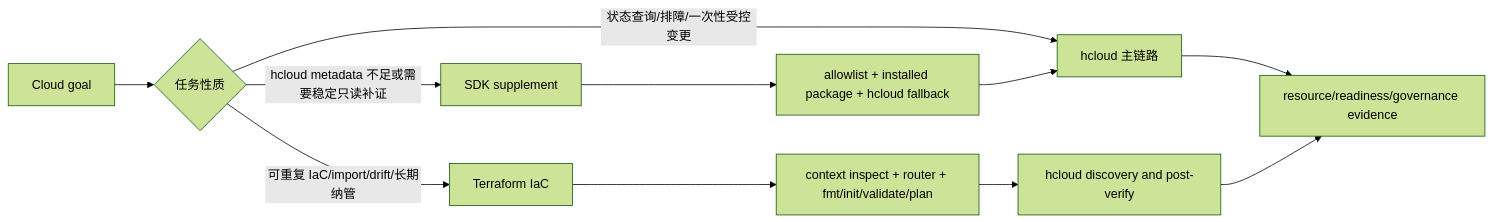
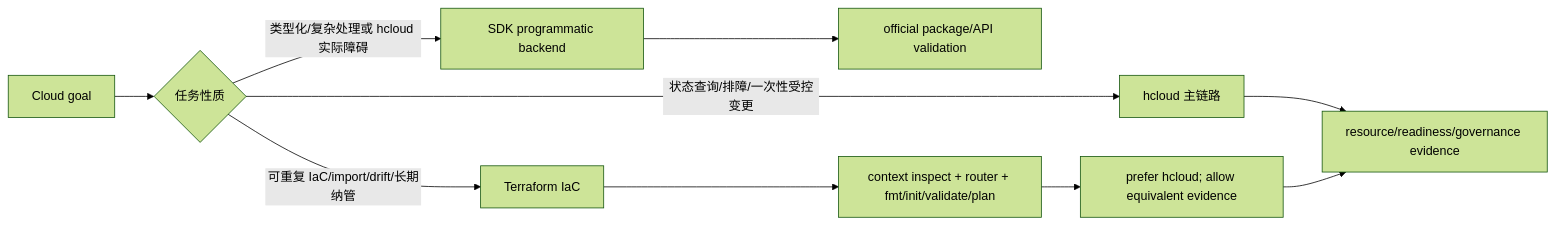
The second of 2 diagrams in docs/technical-overview.md (pipixia-labs/huaweicloud-skill), drawn with Mermaid (forest theme) before and after one commit. The commit also changed other lines of this file and 43 other files, not shown here.

````diff
--- a/docs/technical-overview.md
+++ b/docs/technical-overview.md
@@ -94,13 +99,12 @@
 ```mermaid
 flowchart LR
     Goal["Cloud goal"] --> Kind{"任务性质"}
     Kind -->|状态查询/排障/一次性受控变更| HCloud["hcloud 主链路"]
-    Kind -->|hcloud metadata 不足或需要稳定只读补证| SDK["SDK supplement"]
+    Kind -->|类型化/复杂处理或 hcloud 实际障碍| SDK["SDK programmatic backend"]
     Kind -->|可重复 IaC/import/drift/长期纳管| Terraform["Terraform IaC"]
-    SDK --> SDKGate["allowlist + installed package + hcloud fallback"]
-    SDKGate --> HCloud
+    SDK --> SDKGate["official package/API validation"]
     Terraform --> TFGate["context inspect + router + fmt/init/validate/plan"]
-    TFGate --> HCloudVerify["hcloud discovery and post-verify"]
+    TFGate --> HCloudVerify["prefer hcloud; allow equivalent evidence"]
     HCloud --> Verify["resource/readiness/governance evidence"]
     HCloudVerify --> Verify
 ```
````
